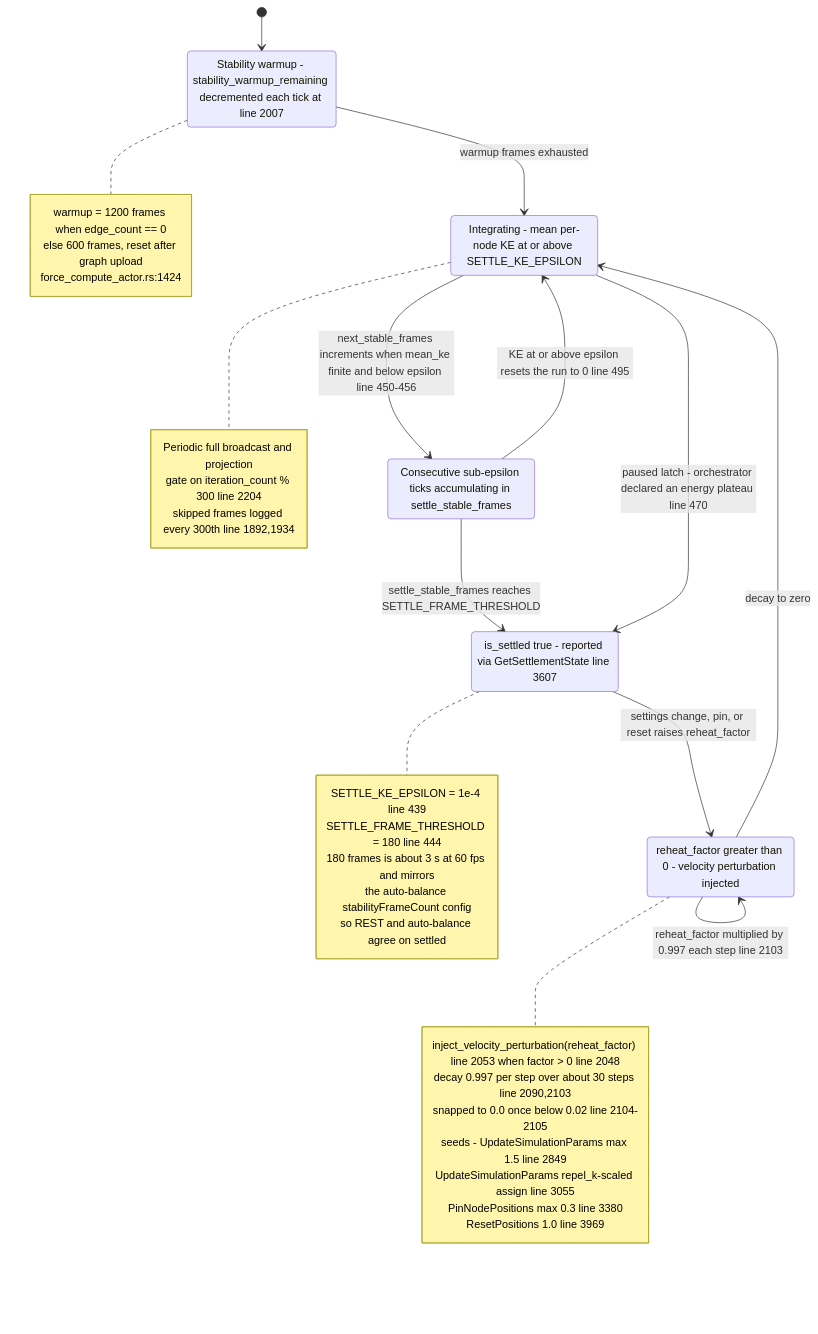
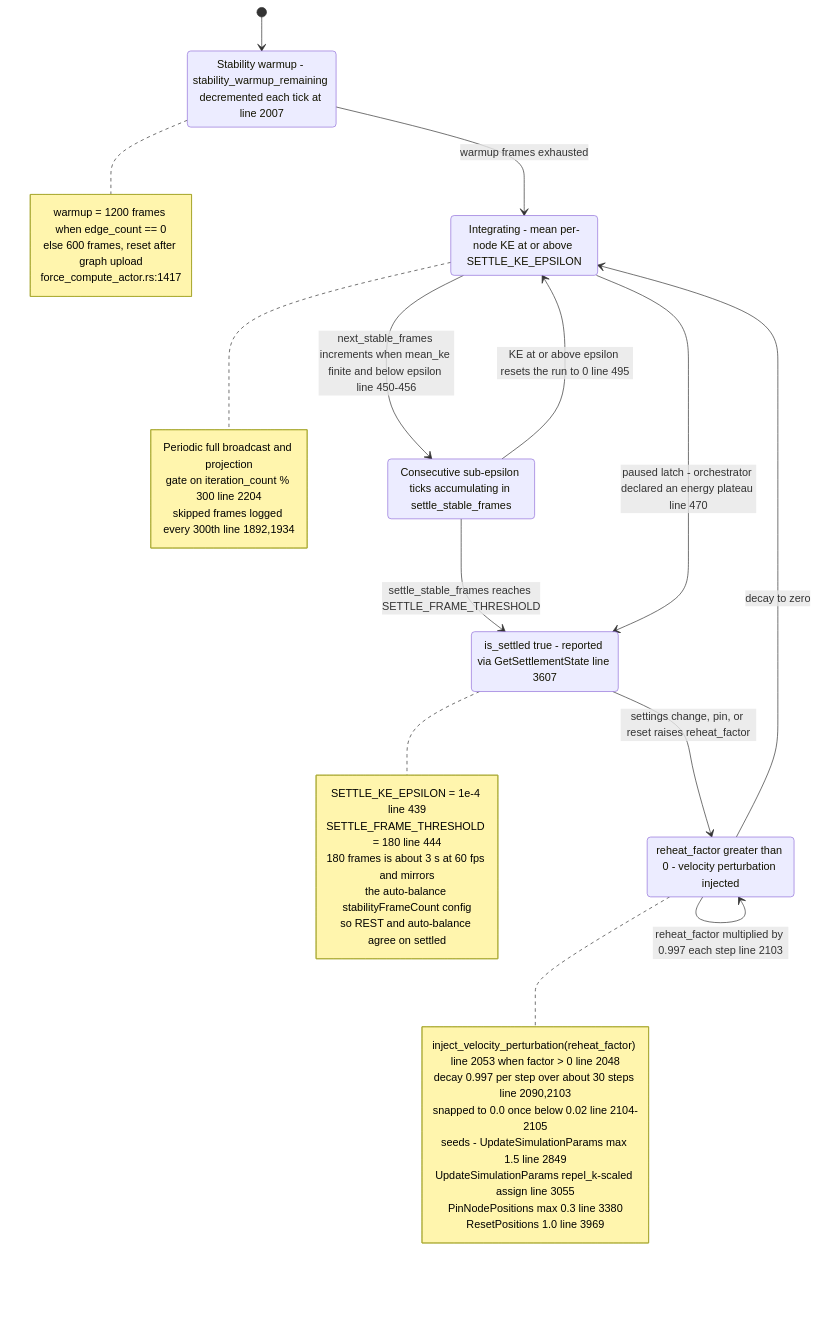
Before and after one commit to DreamLab-AI/VisionFlow: the seventh of 8 diagrams in docs/diagrams/visionclaw/11-physics-step-and-force-channels.md, drawn with Mermaid. The commit also changed other lines of this file and 94 other files, not shown here.

First line of the commit message:
docs(diagrams): re-verify 130 topics against 2 October HEADs

````diff
--- a/docs/diagrams/visionclaw/11-physics-step-and-force-channels.md
+++ b/docs/diagrams/visionclaw/11-physics-step-and-force-channels.md
@@ -243,45 +247,45 @@
 ```mermaid
 stateDiagram-v2
     [*] --> Warmup
     Warmup: Stability warmup - stability_warmup_remaining decremented each tick at line 2007
     Active: Integrating - mean per-node KE at or above SETTLE_KE_EPSILON
     Settling: Consecutive sub-epsilon ticks accumulating in settle_stable_frames
     Settled: is_settled true - reported via GetSettlementState line 3607
     Reheated: reheat_factor greater than 0 - velocity perturbation injected
 
     Warmup --> Active: warmup frames exhausted
     Active --> Settling: next_stable_frames increments when mean_ke finite and below epsilon line 450-456
     Settling --> Active: KE at or above epsilon resets the run to 0 line 495
     Settling --> Settled: settle_stable_frames reaches SETTLE_FRAME_THRESHOLD
     Active --> Settled: paused latch - orchestrator declared an energy plateau line 470
     Settled --> Reheated: settings change, pin, or reset raises reheat_factor
     Reheated --> Active: decay to zero
     Reheated --> Reheated: reheat_factor multiplied by 0.997 each step line 2103
 
     note right of Warmup
         warmup = 1200 frames when edge_count == 0
         else 600 frames, reset after graph upload
-        force_compute_actor.rs:1424
+        force_compute_actor.rs:1417
     end note
     note right of Settled
         SETTLE_KE_EPSILON = 1e-4 line 439
         SETTLE_FRAME_THRESHOLD = 180 line 444
         180 frames is about 3 s at 60 fps and mirrors
         the auto-balance stabilityFrameCount config
         so REST and auto-balance agree on settled
     end note
     note right of Reheated
         inject_velocity_perturbation(reheat_factor) line 2053 when factor > 0 line 2048
         decay 0.997 per step over about 30 steps line 2090,2103
         snapped to 0.0 once below 0.02 line 2104-2105
         seeds - UpdateSimulationParams max 1.5 line 2849
         UpdateSimulationParams repel_k-scaled assign line 3055
         PinNodePositions max 0.3 line 3380
         ResetPositions 1.0 line 3969
     end note
     note right of Active
         Periodic full broadcast and projection
         gate on iteration_count % 300 line 2204
         skipped frames logged every 300th line 1892,1934
     end note
 ```
````
